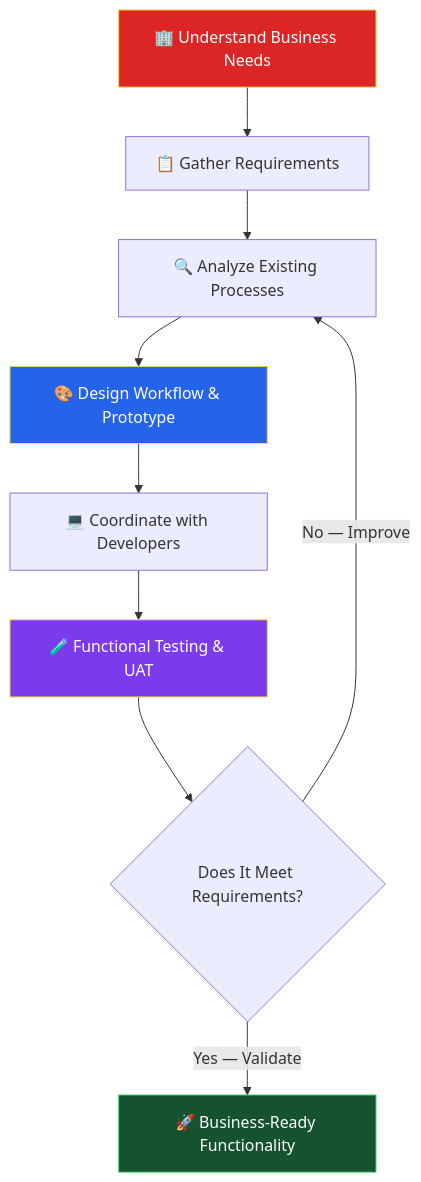
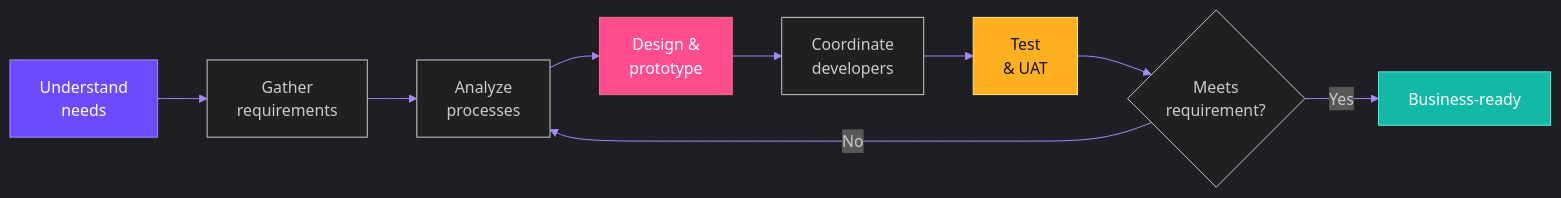
The diagram in README.md (Senthamil07/Senthamil07), drawn with Mermaid before and after one commit. The commit also changed other lines of this file, not shown here.

````diff
--- a/README.md
+++ b/README.md
@@ -148,16 +73,12 @@
 ```mermaid
-flowchart TD
-    A["🏢 Understand Business Needs"] --> B["📋 Gather Requirements"]
-    B --> C["🔍 Analyze Existing Processes"]
-    C --> D["🎨 Design Workflow & Prototype"]
-    D --> E["💻 Coordinate with Developers"]
-    E --> F["🧪 Functional Testing & UAT"]
-    F --> G{"Does It Meet Requirements?"}
-    G -- "No — Improve" --> C
-    G -- "Yes — Validate" --> H["🚀 Business-Ready Functionality"]
-
-    style A fill:#dc2626,color:#ffffff,stroke:#fde047
-    style D fill:#2563eb,color:#ffffff,stroke:#fde047
-    style F fill:#7c3aed,color:#ffffff,stroke:#fde047
-    style H fill:#14532d,color:#ffffff,stroke:#4ade80
+%%{init: {'theme':'dark','themeVariables':{'primaryColor':'#1e1b4b','primaryTextColor':'#fff','lineColor':'#a78bfa'}}}%%
+flowchart LR
+    A["Understand<br/>needs"] --> B["Gather<br/>requirements"] --> C["Analyze<br/>processes"] --> D["Design &<br/>prototype"]
+    D --> E["Coordinate<br/>developers"] --> F["Test<br/>& UAT"] --> G{"Meets<br/>requirement?"}
+    G -- "No" --> C
+    G -- "Yes" --> H["Business-ready"]
+    style A fill:#6d4aff,color:#fff,stroke:#a78bfa
+    style D fill:#ff4d8d,color:#fff,stroke:#fb7185
+    style F fill:#ffb020,color:#111,stroke:#fde68a
+    style H fill:#14b8a6,color:#fff,stroke:#5eead4
 ```
````
